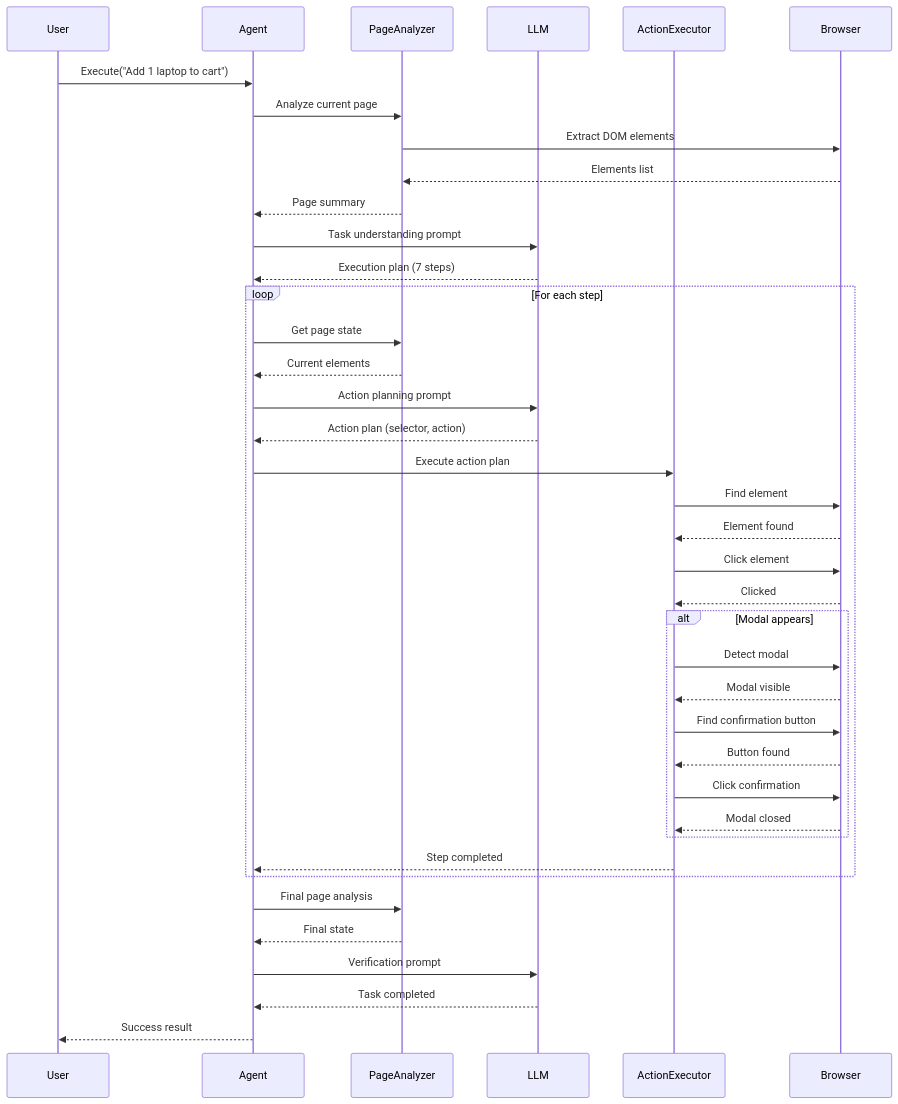
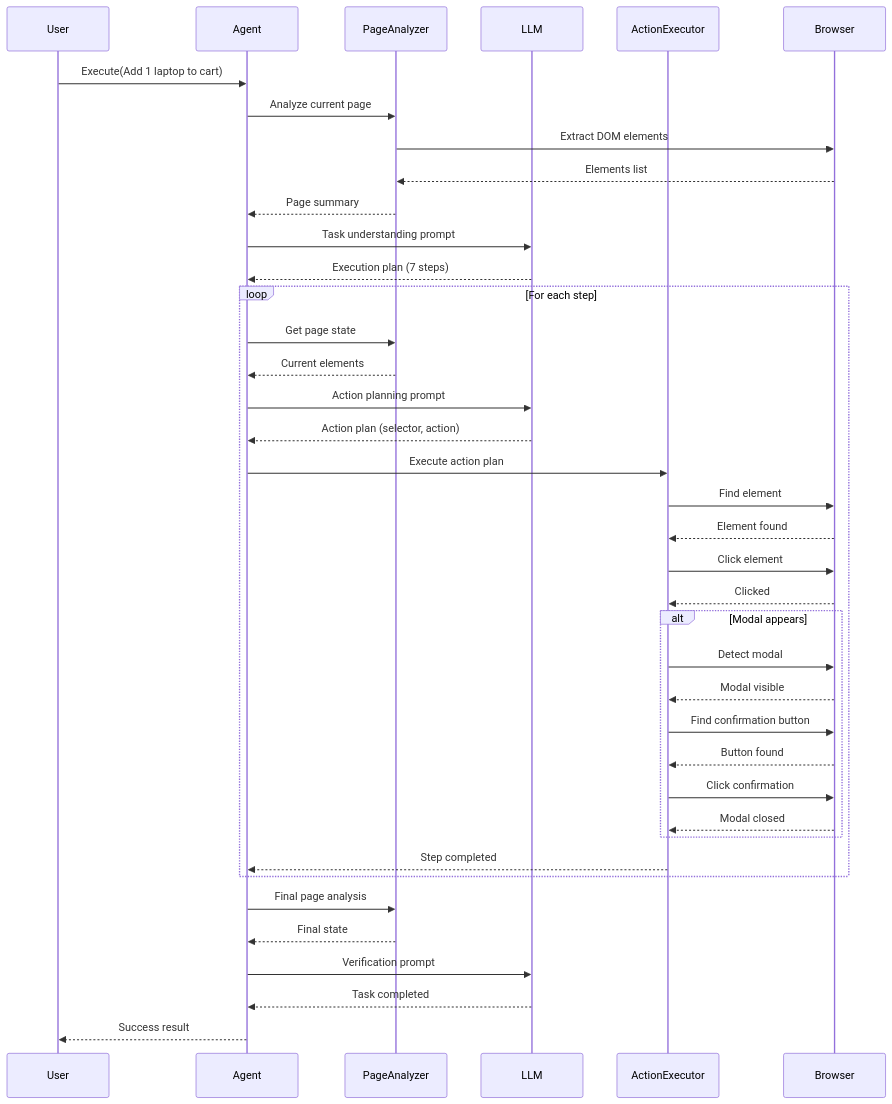
Before and after one commit to sathishrvijay/browser-automation: the fifth of 5 diagrams in agentic-automation/README.md, drawn with Mermaid. The commit also changed other lines of this file, not shown here.

Commit message:
mermaid rendering issues fixed

````diff
--- a/agentic-automation/README.md
+++ b/agentic-automation/README.md
@@ -149,47 +149,47 @@
 ```mermaid
 sequenceDiagram
     participant User
     participant Agent
     participant PageAnalyzer
     participant LLM
     participant ActionExecutor
     participant Browser
     
-    User->>Agent: Execute("Add 1 laptop to cart")
+    User->>Agent: Execute(Add 1 laptop to cart)
     Agent->>PageAnalyzer: Analyze current page
     PageAnalyzer->>Browser: Extract DOM elements
     Browser-->>PageAnalyzer: Elements list
     PageAnalyzer-->>Agent: Page summary
     
     Agent->>LLM: Task understanding prompt
     LLM-->>Agent: Execution plan (7 steps)
     
     loop For each step
         Agent->>PageAnalyzer: Get page state
         PageAnalyzer-->>Agent: Current elements
         Agent->>LLM: Action planning prompt
         LLM-->>Agent: Action plan (selector, action)
         Agent->>ActionExecutor: Execute action plan
         ActionExecutor->>Browser: Find element
         Browser-->>ActionExecutor: Element found
         ActionExecutor->>Browser: Click element
         Browser-->>ActionExecutor: Clicked
         
         alt Modal appears
             ActionExecutor->>Browser: Detect modal
             Browser-->>ActionExecutor: Modal visible
             ActionExecutor->>Browser: Find confirmation button
             Browser-->>ActionExecutor: Button found
             ActionExecutor->>Browser: Click confirmation
             Browser-->>ActionExecutor: Modal closed
         end
         
         ActionExecutor-->>Agent: Step completed
     end
     
     Agent->>PageAnalyzer: Final page analysis
     PageAnalyzer-->>Agent: Final state
     Agent->>LLM: Verification prompt
     LLM-->>Agent: Task completed
     Agent-->>User: Success result
 ```
````
